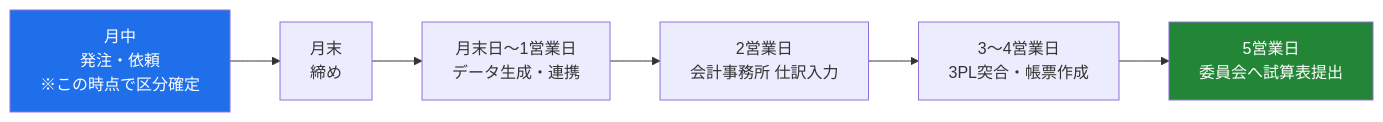
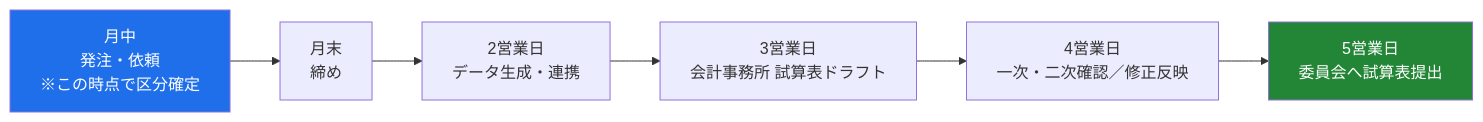
One commit to maa-a/Antigravity-test changed the fifth of 6 diagrams in internal/02_業務フロー_文章と図解.md. Above: the diagram before and after it, drawn with Mermaid. The commit also changed 6 other files, not shown here.

````diff
--- a/internal/02_業務フロー_文章と図解.md
+++ b/internal/02_業務フロー_文章と図解.md
@@ -235,11 +235,11 @@
 ```mermaid
 flowchart LR
     A["月中<br/>発注・依頼<br/>※この時点で区分確定"] --> B["月末<br/>締め"]
-    B --> C["月末日〜1営業日<br/>データ生成・連携"]
-    C --> D["2営業日<br/>会計事務所 仕訳入力"]
-    D --> E["3〜4営業日<br/>3PL突合・帳票作成"]
+    B --> C["2営業日<br/>データ生成・連携"]
+    C --> D["3営業日<br/>会計事務所 試算表ドラフト"]
+    D --> E["4営業日<br/>一次・二次確認／修正反映"]
     E --> F["5営業日<br/>委員会へ試算表提出"]
 
     style A fill:#1f6feb,color:#fff
     style F fill:#238636,color:#fff
 ```
````
